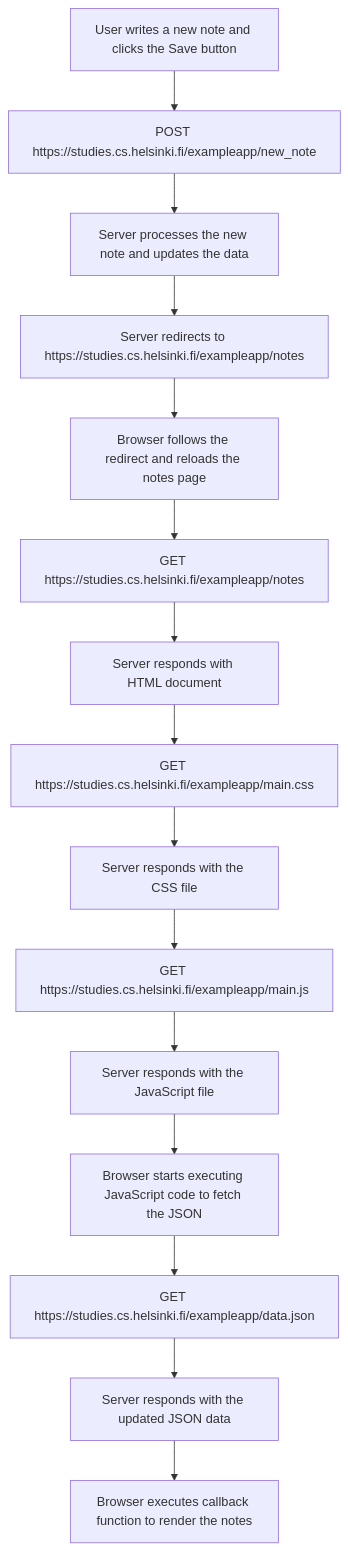
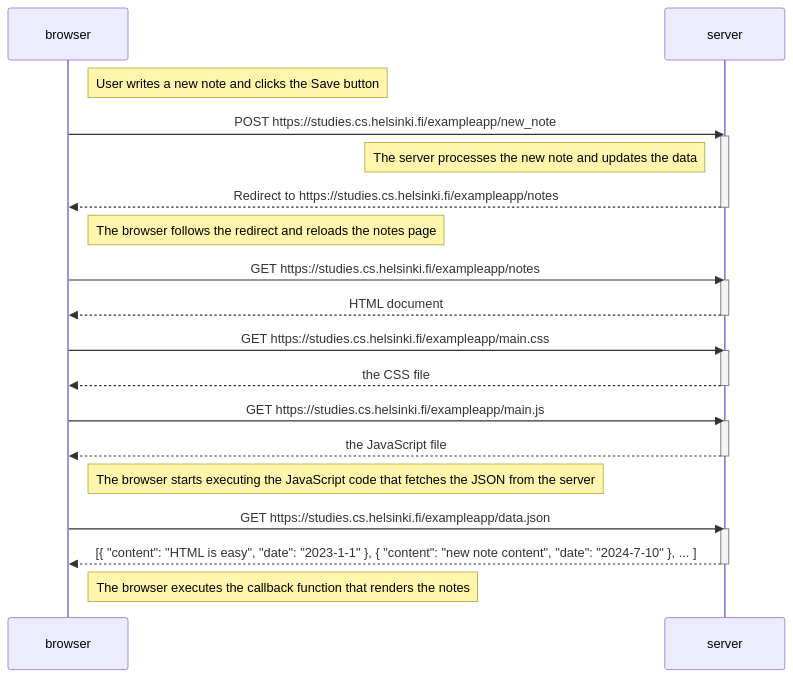
Before and after one commit to rashmikanaveen/HTML_Works: the diagram in README.md, drawn with Mermaid.

````diff
--- a/README.md
+++ b/README.md
@@ -1,18 +1,41 @@
 ```mermaid
-graph TD
-    A[User writes a new note and clicks the Save button] --> B[POST https://studies.cs.helsinki.fi/exampleapp/new_note]
-    B --> C[Server processes the new note and updates the data]
-    C --> D[Server redirects to https://studies.cs.helsinki.fi/exampleapp/notes]
-    D --> E[Browser follows the redirect and reloads the notes page]
-    E --> F[GET https://studies.cs.helsinki.fi/exampleapp/notes]
-    F --> G[Server responds with HTML document]
-    G --> H[GET https://studies.cs.helsinki.fi/exampleapp/main.css]
-    H --> I[Server responds with the CSS file]
-    I --> J[GET https://studies.cs.helsinki.fi/exampleapp/main.js]
-    J --> K[Server responds with the JavaScript file]
-    K --> L[Browser starts executing JavaScript code to fetch the JSON]
-    L --> M[GET https://studies.cs.helsinki.fi/exampleapp/data.json]
-    M --> N[Server responds with the updated JSON data]
-    N --> O[Browser executes callback function to render the notes]
+sequenceDiagram
+    participant browser
+    participant server
+
+    Note right of browser: User writes a new note and clicks the Save button
+
+    browser->>server: POST https://studies.cs.helsinki.fi/exampleapp/new_note
+    activate server
+    Note left of server: The server processes the new note and updates the data
+
+    server-->>browser: Redirect to https://studies.cs.helsinki.fi/exampleapp/notes
+    deactivate server
+
+    Note right of browser: The browser follows the redirect and reloads the notes page
+
+    browser->>server: GET https://studies.cs.helsinki.fi/exampleapp/notes
+    activate server
+    server-->>browser: HTML document
+    deactivate server
+
+    browser->>server: GET https://studies.cs.helsinki.fi/exampleapp/main.css
+    activate server
+    server-->>browser: the CSS file
+    deactivate server
+
+    browser->>server: GET https://studies.cs.helsinki.fi/exampleapp/main.js
+    activate server
+    server-->>browser: the JavaScript file
+    deactivate server
+
+    Note right of browser: The browser starts executing the JavaScript code that fetches the JSON from the server
+
+    browser->>server: GET https://studies.cs.helsinki.fi/exampleapp/data.json
+    activate server
+    server-->>browser: [{ "content": "HTML is easy", "date": "2023-1-1" }, { "content": "new note content", "date": "2024-7-10" }, ... ]
+    deactivate server
+
+    Note right of browser: The browser executes the callback function that renders the notes
 
 ```
````
